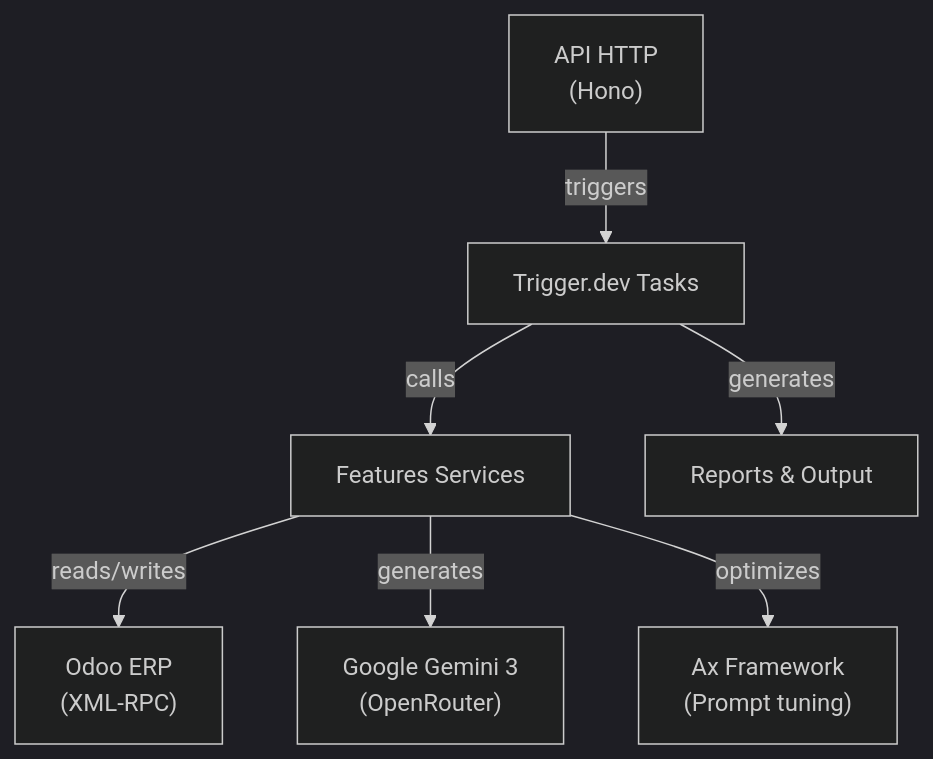
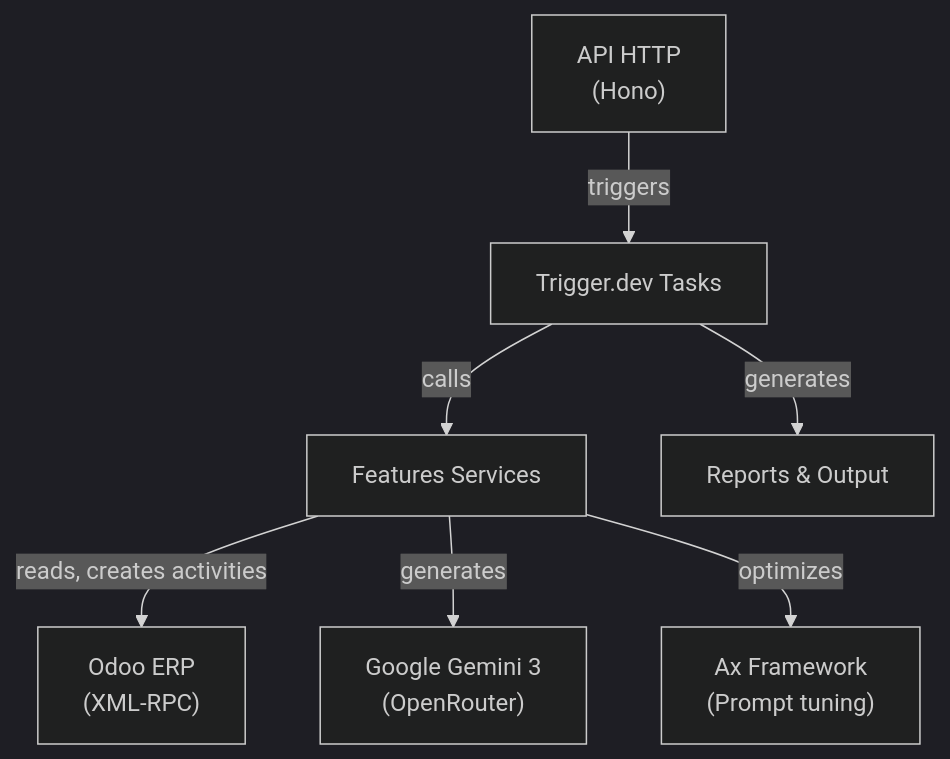
The diagram in docs/ARCHITECTURE.md (dimitrileduc/auto-proposal), drawn with Mermaid (dark theme) before and after one commit. The commit also changed other lines of this file and 117 other files, not shown here.

````diff
--- a/docs/ARCHITECTURE.md
+++ b/docs/ARCHITECTURE.md
@@ -16,10 +16,10 @@
 ```mermaid
 graph TB
     HTTP["API HTTP<br/>(Hono)"]
     HTTP -->|triggers| Tasks["Trigger.dev Tasks"]
     Tasks -->|calls| Features["Features Services"]
-    Features -->|reads/writes| Odoo["Odoo ERP<br/>(XML-RPC)"]
+    Features -->|reads, creates activities| Odoo["Odoo ERP<br/>(XML-RPC)"]
     Features -->|generates| LLM["Google Gemini 3<br/>(OpenRouter)"]
     Features -->|optimizes| Ax["Ax Framework<br/>(Prompt tuning)"]
     Tasks -->|generates| Reports["Reports & Output"]
 ```
````
